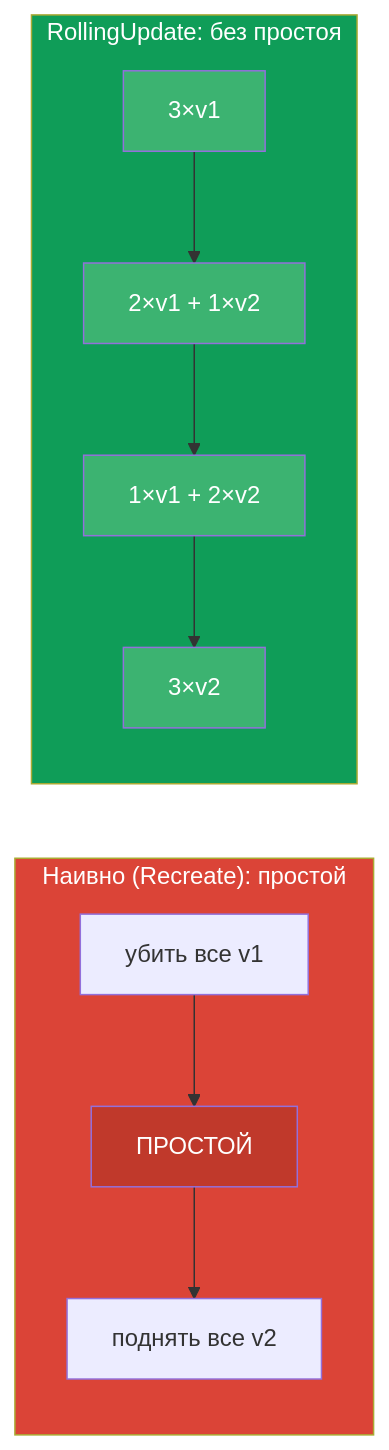
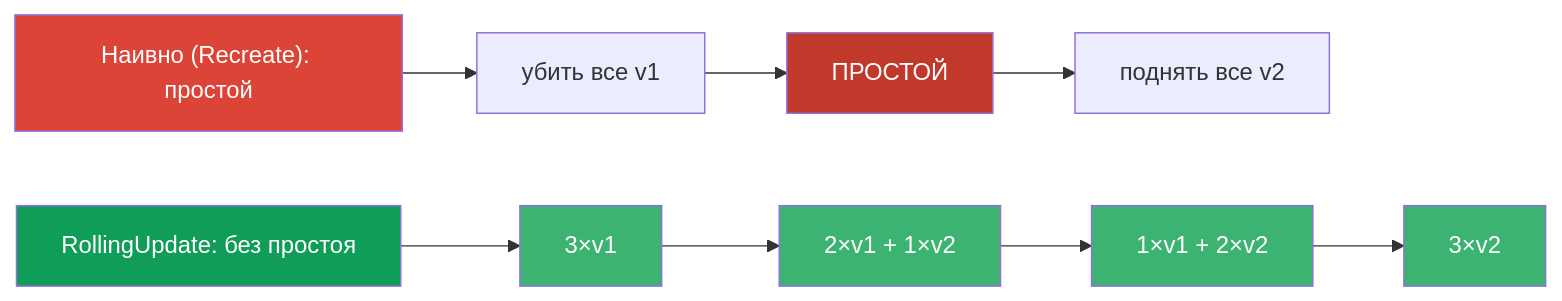
The first of 6 diagrams in tasks/cka/course/08/ru.md (ViktorUJ/cks), drawn with Mermaid before and after one commit. The commit also changed other lines of this file and 3 other files, not shown here.

````diff
--- a/tasks/cka/course/08/ru.md
+++ b/tasks/cka/course/08/ru.md
@@ -17,18 +17,12 @@
 ```mermaid
 flowchart LR
-    subgraph Bad["Наивно (Recreate): простой"]
-        direction TB
-        b1["убить все v1"] --> b2["ПРОСТОЙ"] --> b3["поднять все v2"]
-    end
-    subgraph Good["RollingUpdate: без простоя"]
-        direction TB
-        g1["3×v1"] --> g2["2×v1 + 1×v2"] --> g3["1×v1 + 2×v2"] --> g4["3×v2"]
-    end
-    style Bad fill:#db4437,color:#fff
-    style Good fill:#0f9d58,color:#fff
+    b0["Наивно (Recreate): простой"] --> b1["убить все v1"] --> b2["ПРОСТОЙ"] --> b3["поднять все v2"]
+    g0["RollingUpdate: без простоя"] --> g1["3×v1"] --> g2["2×v1 + 1×v2"] --> g3["1×v1 + 2×v2"] --> g4["3×v2"]
+    style b0 fill:#db4437,color:#fff
+    style g0 fill:#0f9d58,color:#fff
     style b2 fill:#c0392b,color:#fff
     style g1 fill:#3cb371,color:#fff
     style g2 fill:#3cb371,color:#fff
     style g3 fill:#3cb371,color:#fff
     style g4 fill:#3cb371,color:#fff
 ```
````
